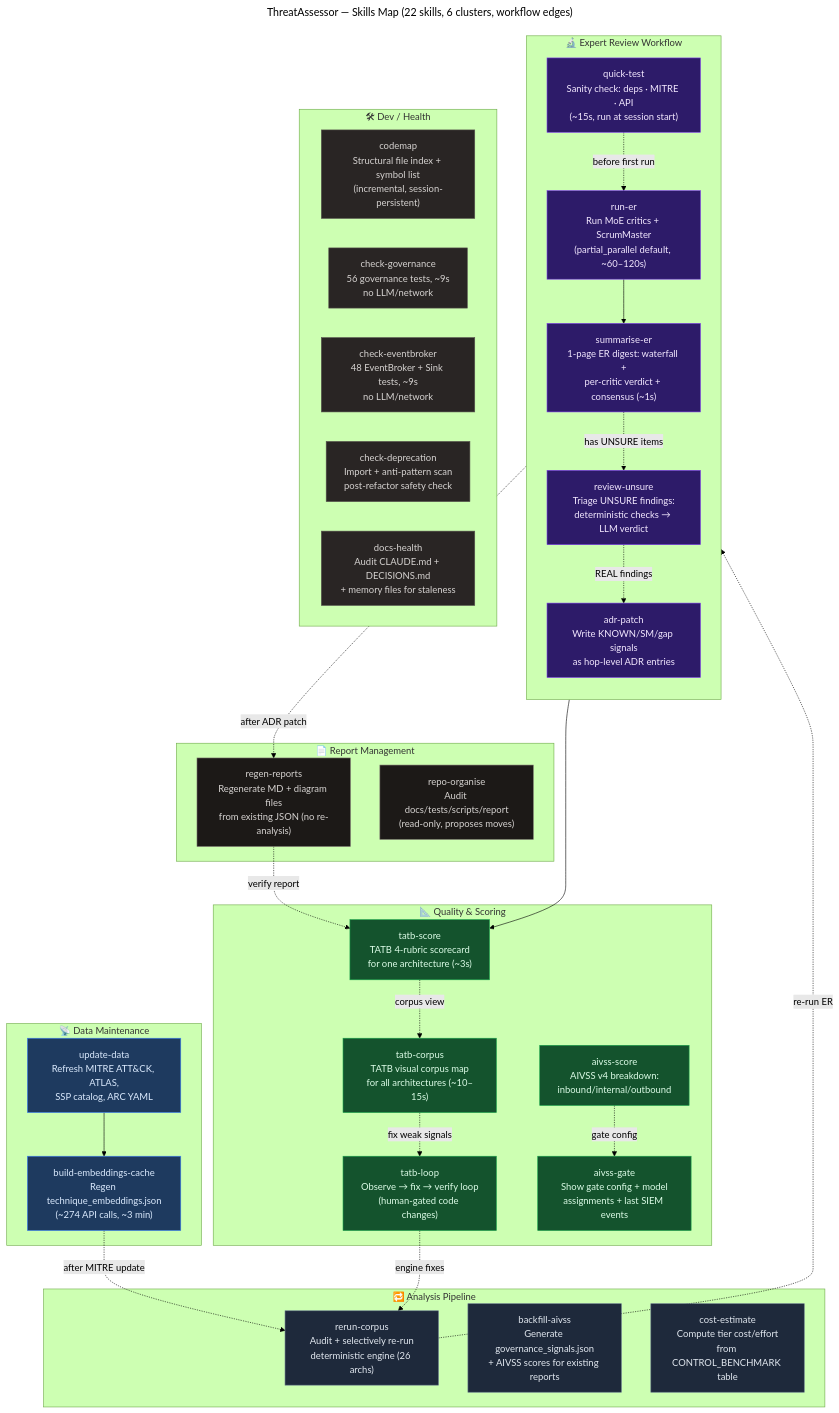
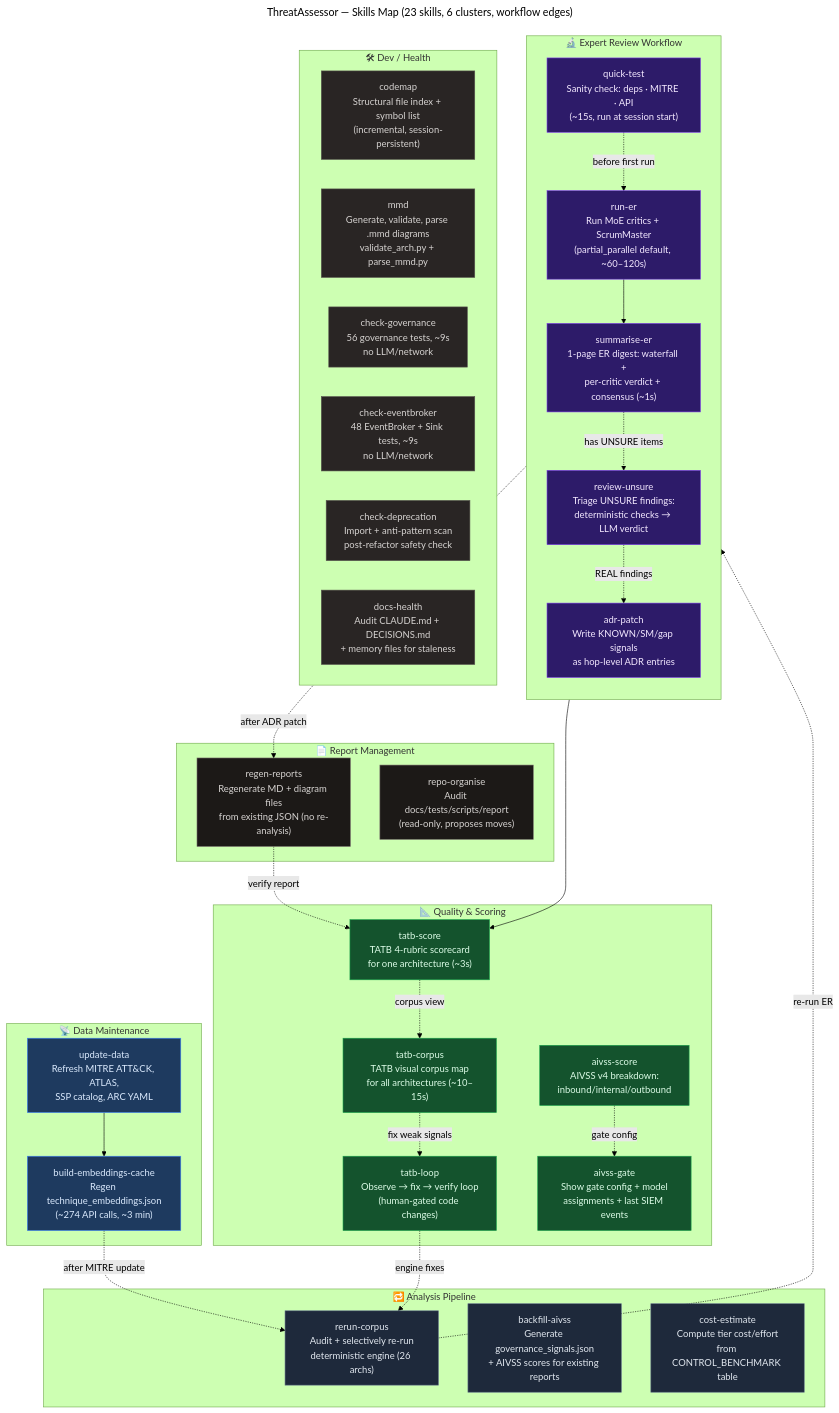
The diagram in .claude/graphs/skills.mmd (BerdTan/threatassessor), drawn with Mermaid (forest theme) before and after one commit. The commit also changed 7 other files, not shown here.

First line of the commit message:
feat: GraphRAG workbench — structural query layer + TA-Wiz LLM fallback

```diff
--- a/.claude/graphs/skills.mmd
+++ b/.claude/graphs/skills.mmd
@@ -1,82 +1,83 @@
 ---
-title: ThreatAssessor — Skills Map (22 skills, 6 clusters, workflow edges)
+title: ThreatAssessor — Skills Map (23 skills, 6 clusters, workflow edges)
 updated: 2026-07-18
 note: "Solid edges = required sequence. Dashed = optional follow-on. Each node = skill name + one-line purpose."
 ---
 graph TD
     %% ── Data maintenance cluster ────────────────────────────
     subgraph DATA["📡 Data Maintenance"]
         UD["update-data<br/>Refresh MITRE ATT&CK, ATLAS,<br/>SSP catalog, ARC YAML"]
         BEC["build-embeddings-cache<br/>Regen technique_embeddings.json<br/>(~274 API calls, ~3 min)"]
         UD --> BEC
     end
 
     %% ── Analysis cluster ────────────────────────────────────
     subgraph ANALYSIS["🔁 Analysis Pipeline"]
         RC["rerun-corpus<br/>Audit + selectively re-run<br/>deterministic engine (26 archs)"]
         BA["backfill-aivss<br/>Generate governance_signals.json<br/>+ AIVSS scores for existing reports"]
         CE["cost-estimate<br/>Compute tier cost/effort<br/>from CONTROL_BENCHMARK table"]
     end
 
     %% ── ER workflow cluster ─────────────────────────────────
     subgraph ER["🔬 Expert Review Workflow"]
         direction TB
         QT["quick-test<br/>Sanity check: deps · MITRE · API<br/>(~15s, run at session start)"]
         RER["run-er<br/>Run MoE critics + ScrumMaster<br/>(partial_parallel default, ~60–120s)"]
         SER["summarise-er<br/>1-page ER digest: waterfall +<br/>per-critic verdict + consensus (~1s)"]
         RU["review-unsure<br/>Triage UNSURE findings:<br/>deterministic checks → LLM verdict"]
         AP["adr-patch<br/>Write KNOWN/SM/gap signals<br/>as hop-level ADR entries"]
         QT -.->|"before first run"| RER
         RER --> SER
         SER -.->|"has UNSURE items"| RU
         RU -.->|"REAL findings"| AP
     end
 
     %% ── Quality cluster ─────────────────────────────────────
     subgraph QUALITY["📐 Quality & Scoring"]
         TS["tatb-score<br/>TATB 4-rubric scorecard<br/>for one architecture (~3s)"]
         TC["tatb-corpus<br/>TATB visual corpus map<br/>for all architectures (~10–15s)"]
         TL["tatb-loop<br/>Observe → fix → verify loop<br/>(human-gated code changes)"]
         AS["aivss-score<br/>AIVSS v4 breakdown:<br/>inbound/internal/outbound"]
         AG["aivss-gate<br/>Show gate config + model<br/>assignments + last SIEM events"]
         TS -.->|"corpus view"| TC
         TC -.->|"fix weak signals"| TL
         AS -.->|"gate config"| AG
     end
 
     %% ── Report cluster ──────────────────────────────────────
     subgraph REPORT["📄 Report Management"]
         RR["regen-reports<br/>Regenerate MD + diagram files<br/>from existing JSON (no re-analysis)"]
         RO["repo-organise<br/>Audit docs/tests/scripts/report<br/>(read-only, proposes moves)"]
     end
 
     %% ── Dev/health cluster ──────────────────────────────────
     subgraph DEV["🛠 Dev / Health"]
         CM["codemap<br/>Structural file index + symbol list<br/>(incremental, session-persistent)"]
+        MMD["mmd<br/>Generate, validate, parse .mmd diagrams<br/>validate_arch.py + parse_mmd.py"]
         CG["check-governance<br/>56 governance tests, ~9s<br/>no LLM/network"]
         CEB["check-eventbroker<br/>48 EventBroker + Sink tests, ~9s<br/>no LLM/network"]
         CD["check-deprecation<br/>Import + anti-pattern scan<br/>post-refactor safety check"]
         DH["docs-health<br/>Audit CLAUDE.md + DECISIONS.md<br/>+ memory files for staleness"]
     end
 
     %% ── Cross-cluster workflow edges ────────────────────────
     BEC -.->|"after MITRE update"| RC
     RC -.->|"re-run ER"| RER
     RER --> TS
     AP -.->|"after ADR patch"| RR
     RR -.->|"verify report"| TS
     TL -.->|"engine fixes"| RC
 
     %% ── Styles ─────────────────────────────────────────────
     classDef data     fill:#1e3a5f,stroke:#3b82f6,color:#dbeafe
     classDef analysis fill:#1e293b,stroke:#64748b,color:#e2e8f0
     classDef er       fill:#2d1b69,stroke:#7c3aed,color:#f3e8ff
     classDef quality  fill:#14532d,stroke:#16a34a,color:#dcfce7
     classDef report   fill:#1c1917,stroke:#78716c,color:#d6d3d1
     classDef dev      fill:#292524,stroke:#57534e,color:#d6d3d1
     class UD,BEC data
     class RC,BA,CE analysis
     class QT,RER,SER,RU,AP er
     class TS,TC,TL,AS,AG quality
     class RR,RO report
-    class CM,CG,CEB,CD,DH dev
+    class CM,MMD,CG,CEB,CD,DH dev
```
